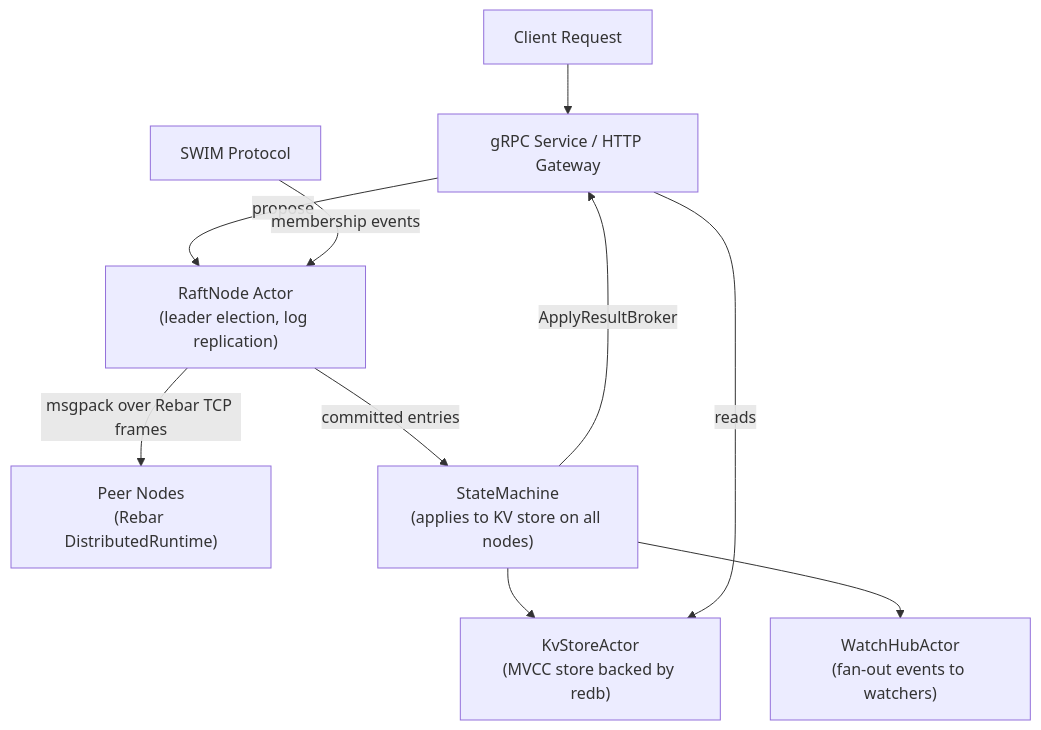
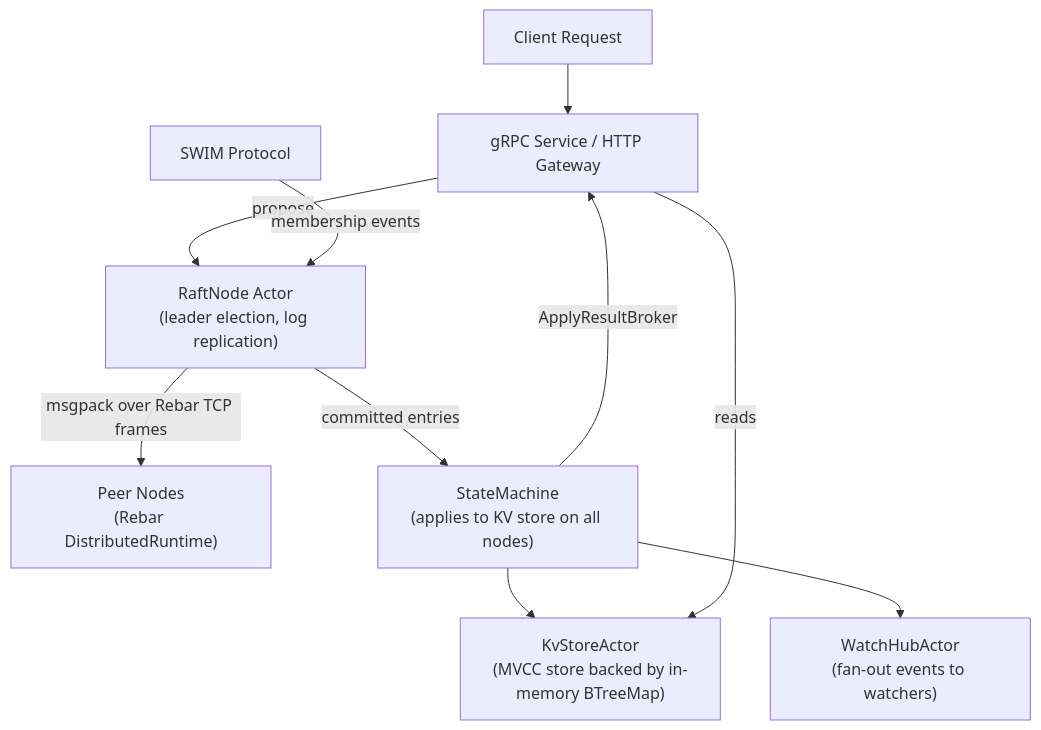
Before and after one commit to alexandernicholson/barkeeper: the second of 2 diagrams in README.md, drawn with Mermaid. The commit also changed other lines of this file and 5 other files, not shown here.

First line of the commit message:
docs: update all documentation for in-memory KV store architecture

````diff
--- a/README.md
+++ b/README.md
@@ -120,12 +120,12 @@
 ```mermaid
 graph TD
     Client["Client Request"] --> API["gRPC Service / HTTP Gateway"]
     API -->|"propose"| Raft["RaftNode Actor<br>(leader election, log replication)"]
     Raft -->|"msgpack over Rebar TCP frames"| Peers["Peer Nodes<br>(Rebar DistributedRuntime)"]
     Raft -->|"committed entries"| SM["StateMachine<br>(applies to KV store on all nodes)"]
-    SM --> KSA["KvStoreActor<br>(MVCC store backed by redb)"]
+    SM --> KSA["KvStoreActor<br>(MVCC store backed by in-memory BTreeMap)"]
     SM --> WHA["WatchHubActor<br>(fan-out events to watchers)"]
     SM -->|"ApplyResultBroker"| API
     API -->|"reads"| KSA
     SWIM["SWIM Protocol"] -->|"membership events"| Raft
 ```
````
